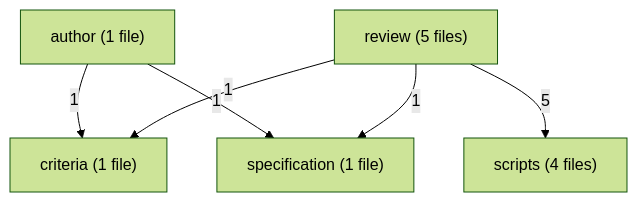
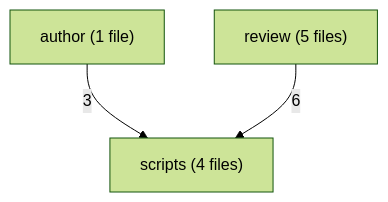
The first of 4 diagrams in skills/varde-agent-doc-authoring/FLOW.md (alecegg/varde), drawn with Mermaid (forest theme) before and after one commit. The commit also changed other lines of this file and 269 other files, not shown here.

````diff
--- a/skills/varde-agent-doc-authoring/FLOW.md
+++ b/skills/varde-agent-doc-authoring/FLOW.md
@@ -24,13 +24,8 @@
 ```mermaid
 flowchart TD
   m0["author (1 file)"]
-  m1["criteria (1 file)"]
-  m2["review (5 files)"]
-  m3["scripts (4 files)"]
-  m4["specification (1 file)"]
-  m0 -->|"1"| m1
-  m0 -->|"1"| m4
-  m2 -->|"1"| m1
-  m2 -->|"5"| m3
-  m2 -->|"1"| m4
+  m1["review (5 files)"]
+  m2["scripts (4 files)"]
+  m0 -->|"3"| m2
+  m1 -->|"6"| m2
 ```
````
